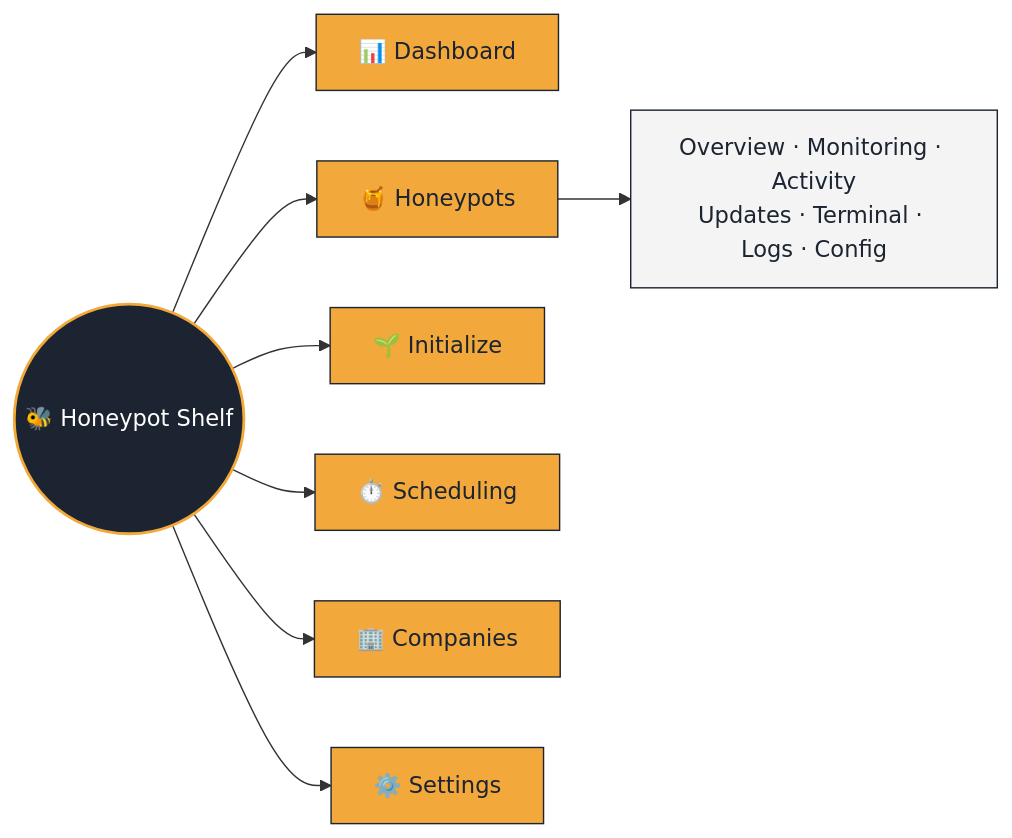
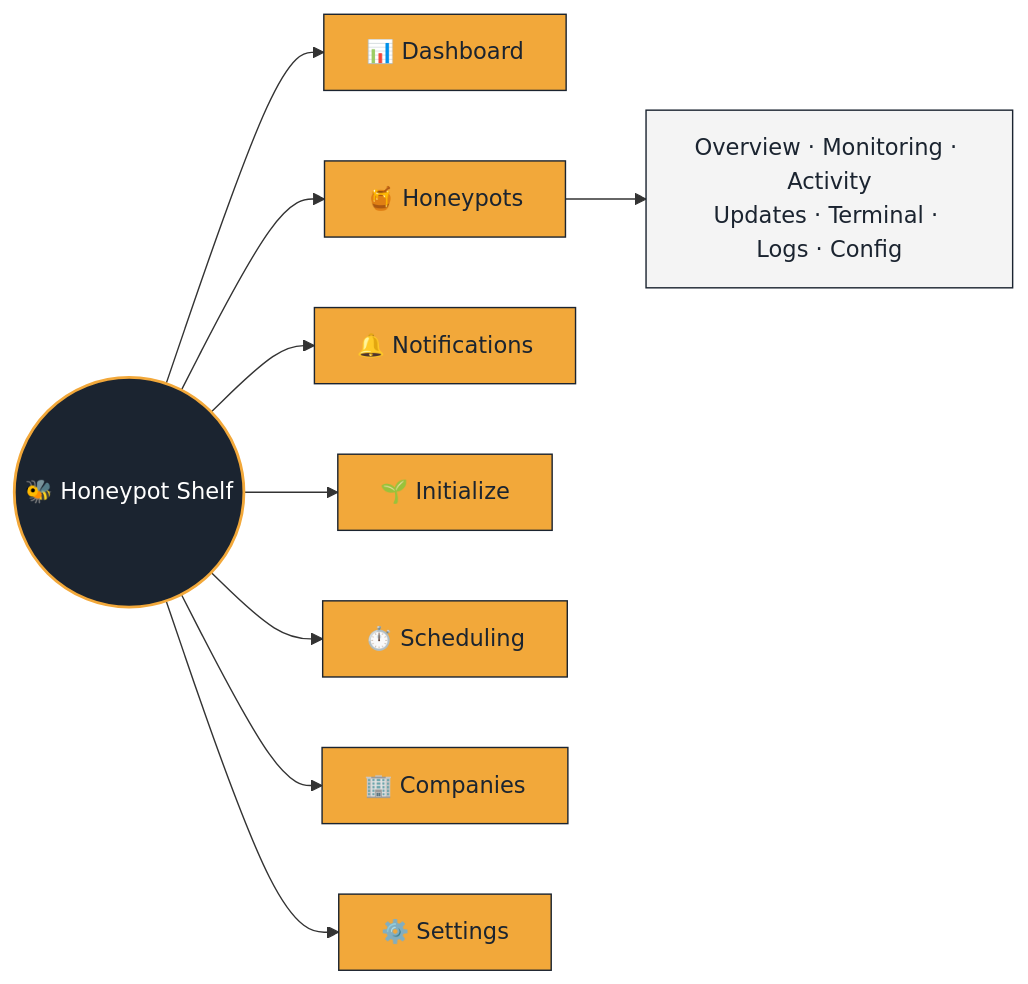
One commit to sparkycz1/honeypot-shelf changed the diagram in wiki/Home.md. Above: the diagram before and after it, drawn with Mermaid. The commit also changed other lines of this file and 27 other files, not shown here.

````diff
--- a/wiki/Home.md
+++ b/wiki/Home.md
@@ -24,18 +24,19 @@
 ```mermaid
 flowchart LR
     App(("🐝 Honeypot Shelf"))
     App --> Dash["📊 Dashboard"]
     App --> H["🍯 Honeypots"]
+    App --> Notif["🔔 Notifications"]
     App --> Init["🌱 Initialize"]
     App --> Sched["⏱️ Scheduling"]
     App --> Comp["🏢 Companies"]
     App --> Set["⚙️ Settings"]
     H --> H1["Overview · Monitoring · Activity<br/>Updates · Terminal · Logs · Config"]
 
     classDef hub fill:#1b2430,stroke:#f2a83a,stroke-width:2px,color:#fff
     classDef leaf fill:#f2a83a,stroke:#1b2430,stroke-width:1px,color:#1b2430
     classDef sub fill:#f4f4f4,stroke:#1b2430,color:#1b2430
     class App hub
-    class Dash,H,Init,Sched,Comp,Set leaf
+    class Dash,H,Notif,Init,Sched,Comp,Set leaf
     class H1 sub
 ```
````
